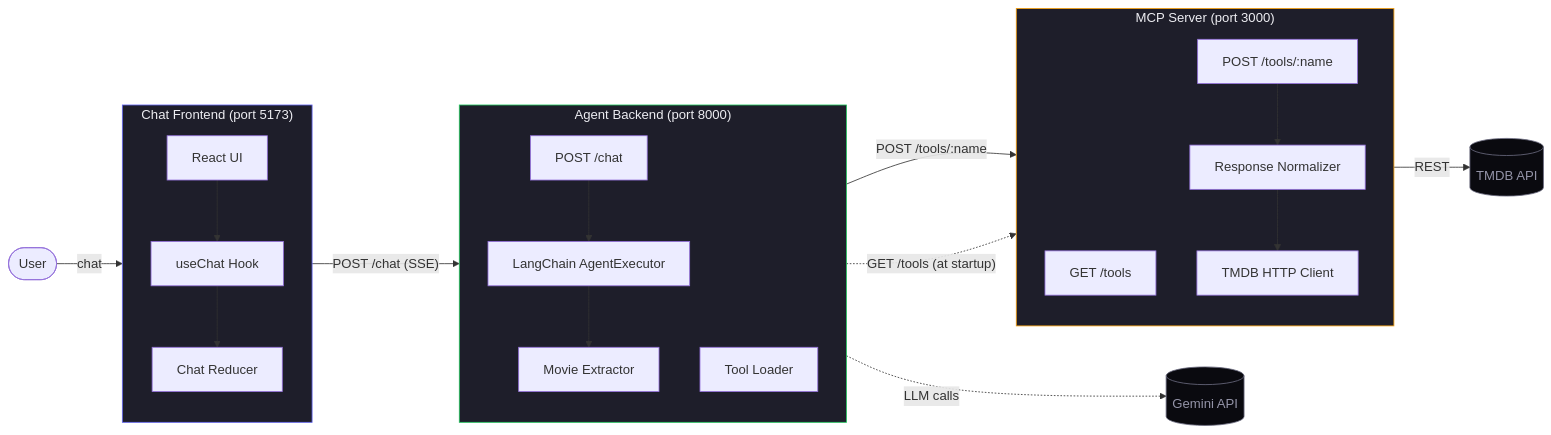
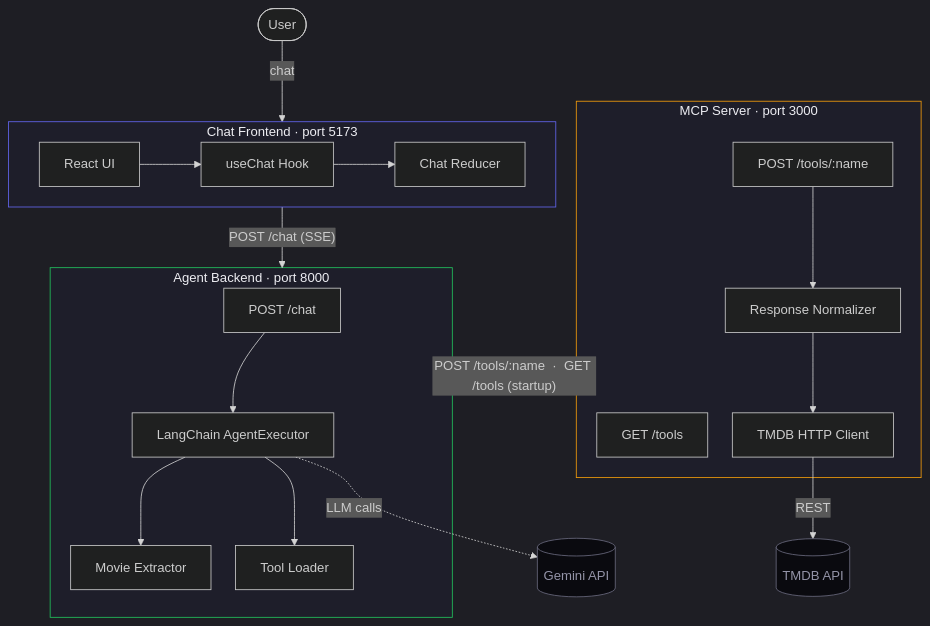
The diagram in docs/architecture.md (anadidewan/movie-agent-mcp), drawn with Mermaid before and after one commit. The commit also changed 1 other file, not shown here.

Commit message:
pushing prompts and fixes in architecture diagram

````diff
--- a/docs/architecture.md
+++ b/docs/architecture.md
@@ -3,50 +3,33 @@
 ```mermaid
-graph LR
-    User([User])
-    Gemini[(Gemini API)]
-    TMDB[(TMDB API)]
+%%{init: {'theme': 'dark', 'themeVariables': {'fontSize': '16px'}, 'flowchart': {'nodeSpacing': 30, 'rankSpacing': 50}}}%%
+flowchart TD
+    User([User]) -->|chat| Frontend
 
-    subgraph Frontend["Chat Frontend (port 5173)"]
-        direction TB
-        UI[React UI]
-        Hook[useChat Hook]
-        Reducer[Chat Reducer]
-        UI --> Hook --> Reducer
+    subgraph Frontend["Chat Frontend · port 5173"]
+        UI[React UI] --> Hook[useChat Hook] --> Reducer[Chat Reducer]
     end
 
-    subgraph Agent["Agent Backend (port 8000)"]
-        direction TB
-        ChatEndpoint[POST /chat]
-        Executor[LangChain AgentExecutor]
-        ToolLoader[Tool Loader]
-        MovieExtractor[Movie Extractor]
-        ChatEndpoint --> Executor
-        Executor --> MovieExtractor
+    Frontend -->|"POST /chat (SSE)"| Agent
+
+    subgraph Agent["Agent Backend · port 8000"]
+        ChatEndpoint[POST /chat] --> Executor[LangChain AgentExecutor]
+        Executor --> MovieExtractor[Movie Extractor]
+        Executor --> ToolLoader[Tool Loader]
     end
 
-    subgraph MCP["MCP Server (port 3000)"]
-        direction TB
+    Agent -->|"POST /tools/:name  ·  GET /tools (startup)"| MCP
+
+    subgraph MCP["MCP Server · port 3000"]
         Discovery[GET /tools]
-        ToolEndpoints[POST /tools/:name]
-        Normalizer[Response Normalizer]
-        TMDBClient[TMDB HTTP Client]
-        ToolEndpoints --> Normalizer --> TMDBClient
+        ToolEndpoints[POST /tools/:name] --> Normalizer[Response Normalizer] --> TMDBClient[TMDB HTTP Client]
     end
 
-    User -->|chat| Frontend
-    Frontend -->|"POST /chat (SSE)"| ChatEndpoint
-    Executor -.->|LLM calls| Gemini
-    Executor -->|"POST /tools/:name"| ToolEndpoints
-    ToolLoader -.->|"GET /tools (at startup)"| Discovery
-    TMDBClient -->|REST| TMDB
+    Executor -.->|LLM calls| Gemini[(Gemini API)]
+    TMDBClient -->|REST| TMDB[(TMDB API)]
 
-    classDef frontend fill:#1e1e2a,stroke:#6366f1,color:#ededf2
-    classDef agent fill:#1e1e2a,stroke:#22c55e,color:#ededf2
-    classDef mcp fill:#1e1e2a,stroke:#f59e0b,color:#ededf2
-    classDef external fill:#0a0a0f,stroke:#6b6b80,color:#9494a8
-
-    class Frontend frontend
-    class Agent agent
-    class MCP mcp
-    class TMDB,Gemini external
+    style Frontend fill:#1e1e2a,stroke:#6366f1,color:#ededf2
+    style Agent fill:#1e1e2a,stroke:#22c55e,color:#ededf2
+    style MCP fill:#1e1e2a,stroke:#f59e0b,color:#ededf2
+    style Gemini fill:#0a0a0f,stroke:#6b6b80,color:#9494a8
+    style TMDB fill:#0a0a0f,stroke:#6b6b80,color:#9494a8
 ```
````
